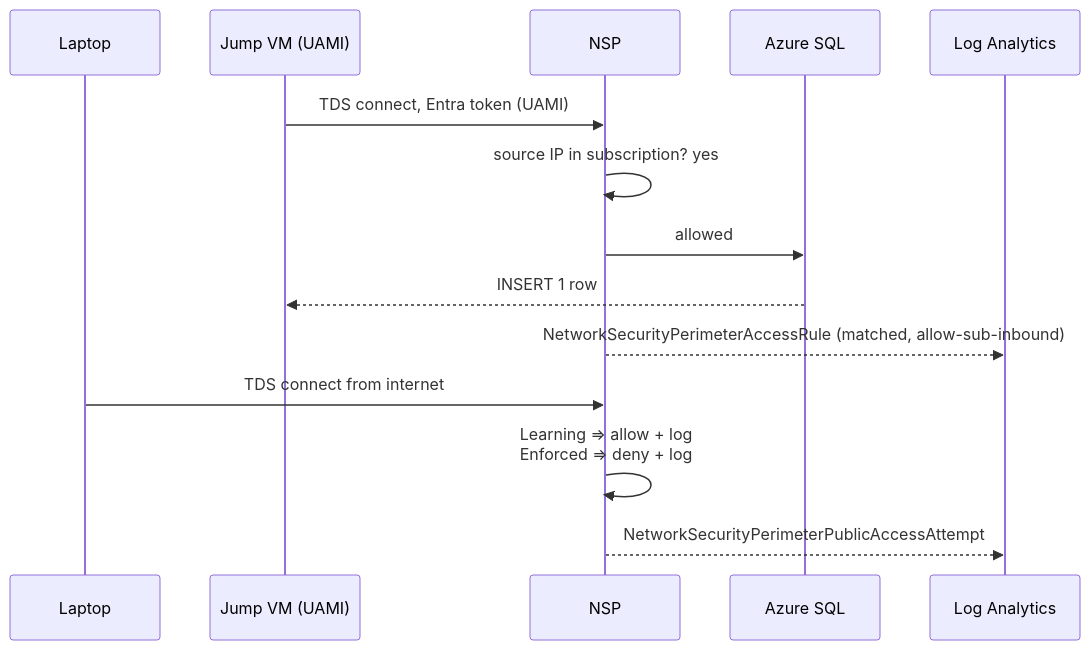
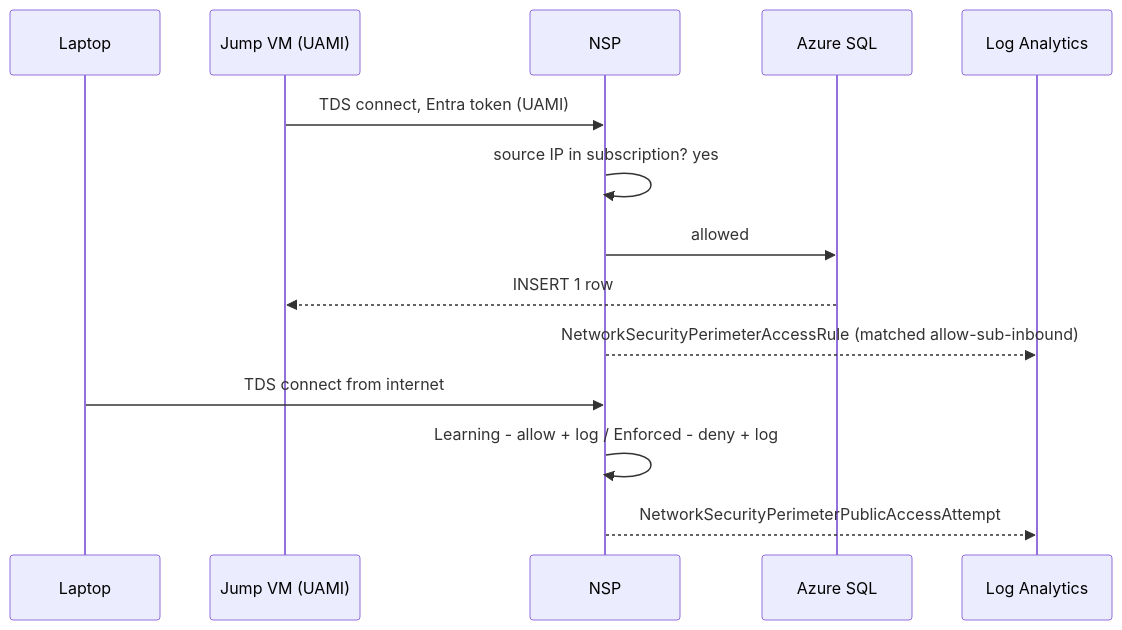
One commit to nthewara/nsp-lab changed the second of 4 diagrams in docs/architecture.md. Above: the diagram before and after it, drawn with Mermaid. The commit also changed other lines of this file and 9 other files, not shown here.

First line of the commit message:
feat: add vnet flow logs alongside nsp diagnostics; fix mermaid rendering

````diff
--- a/docs/architecture.md
+++ b/docs/architecture.md
@@ -73,17 +76,17 @@
 ```mermaid
 sequenceDiagram
   participant Lap as Laptop
   participant Jump as Jump VM (UAMI)
   participant NSP as NSP
   participant SQL as Azure SQL
   participant LAW as Log Analytics
 
   Jump->>NSP: TDS connect, Entra token (UAMI)
   NSP->>NSP: source IP in subscription? yes
   NSP->>SQL: allowed
   SQL-->>Jump: INSERT 1 row
-  NSP-->>LAW: NetworkSecurityPerimeterAccessRule (matched, allow-sub-inbound)
+  NSP-->>LAW: NetworkSecurityPerimeterAccessRule (matched allow-sub-inbound)
   Lap->>NSP: TDS connect from internet
-  NSP->>NSP: Learning ⇒ allow + log<br/>Enforced ⇒ deny + log
+  NSP->>NSP: Learning - allow + log / Enforced - deny + log
   NSP-->>LAW: NetworkSecurityPerimeterPublicAccessAttempt
 ```
````
